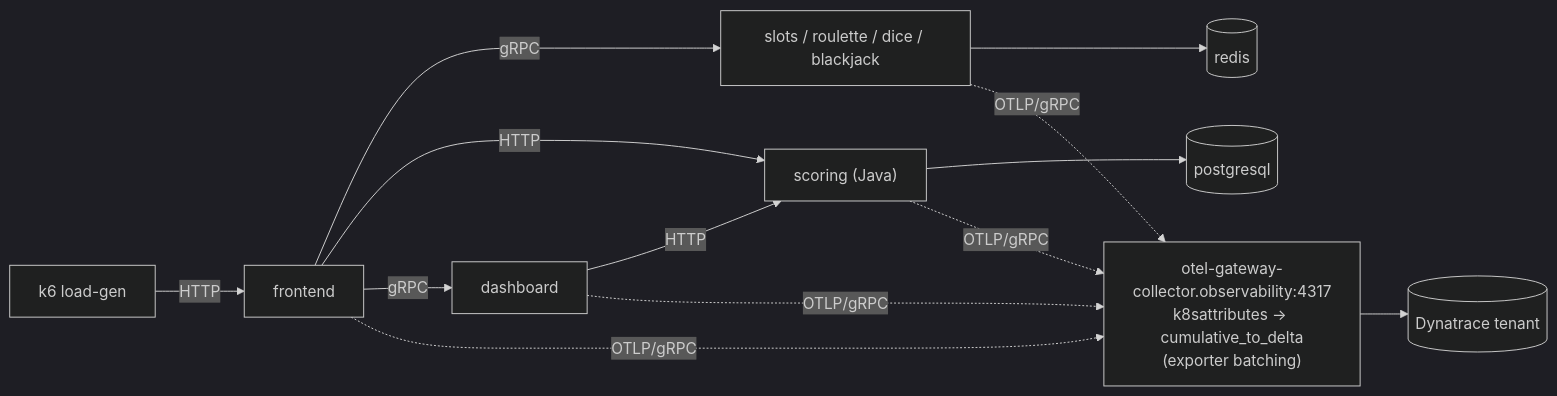
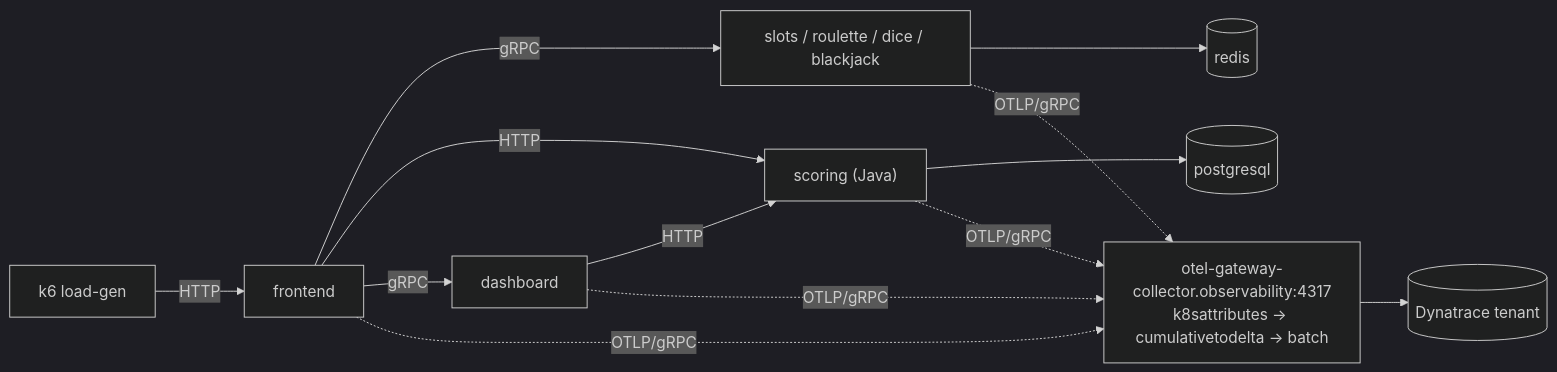
One commit to henrikrexed/Otel-Training changed the diagram in docs-site/index.md. Above: the diagram before and after it, drawn with Mermaid (dark theme). The commit also changed 5 other files, not shown here.

First line of the commit message:
docs(site): fix ISI-7725 review findings — exporter/processor names + batch contradiction (ISI-7719)

````diff
--- a/docs-site/index.md
+++ b/docs-site/index.md
@@ -41,15 +41,15 @@
 ```mermaid
 flowchart LR
   k6["k6 load-gen"] -->|HTTP| fe["frontend"]
   fe -->|gRPC| games["slots / roulette / dice / blackjack"]
   fe -->|HTTP| scoring["scoring (Java)"]
   fe -->|gRPC| dash["dashboard"]
   dash -->|HTTP| scoring
   games --> redis[("redis")]
   scoring --> pg[("postgresql")]
   fe -. "OTLP/gRPC" .-> gw
   games -. "OTLP/gRPC" .-> gw
   scoring -. "OTLP/gRPC" .-> gw
   dash -. "OTLP/gRPC" .-> gw
-  gw["otel-gateway-collector.observability:4317<br/>k8sattributes → cumulative_to_delta<br/>(exporter batching)"] --> dt[("Dynatrace tenant")]
+  gw["otel-gateway-collector.observability:4317<br/>k8sattributes → cumulativetodelta → batch"] --> dt[("Dynatrace tenant")]
 ```
````
